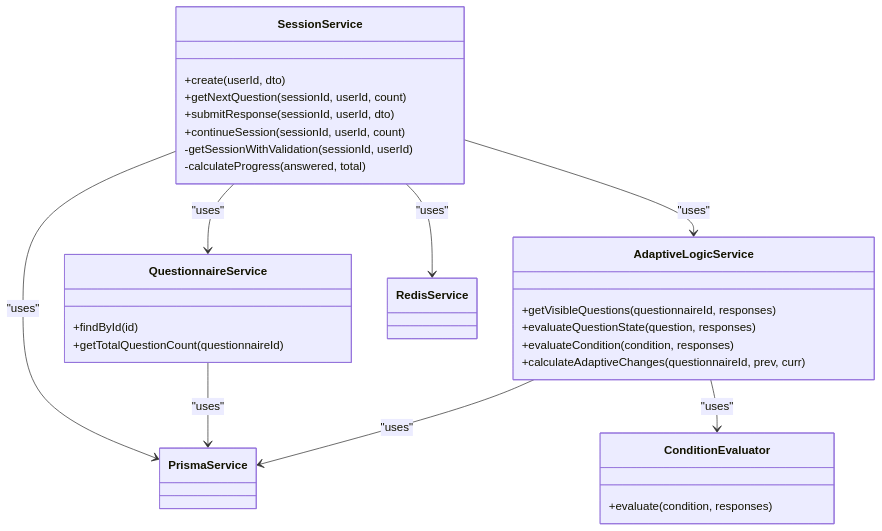
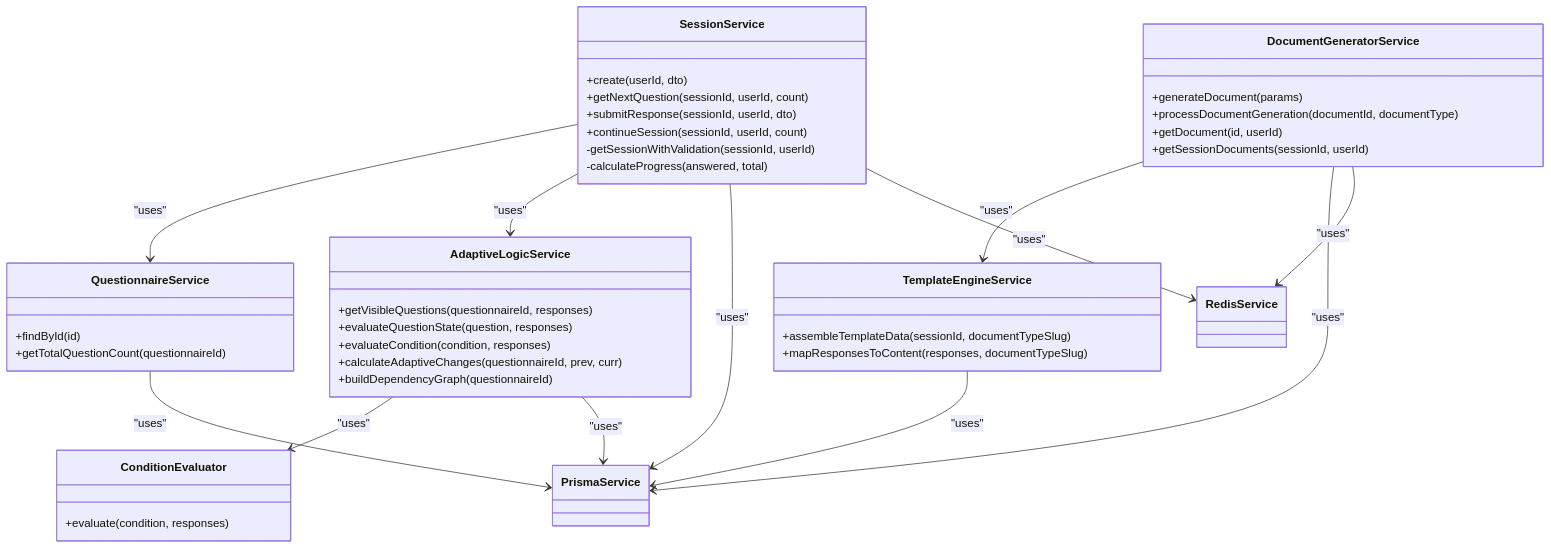
One commit to Avi-Bendetsky/Quiz-to-build changed the sixth of 6 diagrams in .qoder/repowiki/en/content/Advanced Topics/Performance Optimization.md. Above: the diagram before and after it, drawn with Mermaid. The commit also changed other lines of this file and 41 other files, not shown here.

````diff
--- a/.qoder/repowiki/en/content/Advanced Topics/Performance Optimization.md
+++ b/.qoder/repowiki/en/content/Advanced Topics/Performance Optimization.md
@@ -290,33 +390,48 @@
 ```mermaid
 classDiagram
 class SessionService {
 +create(userId, dto)
 +getNextQuestion(sessionId, userId, count)
 +submitResponse(sessionId, userId, dto)
 +continueSession(sessionId, userId, count)
 -getSessionWithValidation(sessionId, userId)
 -calculateProgress(answered, total)
 }
 class QuestionnaireService {
 +findById(id)
 +getTotalQuestionCount(questionnaireId)
 }
 class AdaptiveLogicService {
 +getVisibleQuestions(questionnaireId, responses)
 +evaluateQuestionState(question, responses)
 +evaluateCondition(condition, responses)
 +calculateAdaptiveChanges(questionnaireId, prev, curr)
++buildDependencyGraph(questionnaireId)
 }
 class ConditionEvaluator {
 +evaluate(condition, responses)
+}
+class DocumentGeneratorService {
++generateDocument(params)
++processDocumentGeneration(documentId, documentType)
++getDocument(id, userId)
++getSessionDocuments(sessionId, userId)
+}
+class TemplateEngineService {
++assembleTemplateData(sessionId, documentTypeSlug)
++mapResponsesToContent(responses, documentTypeSlug)
 }
 class PrismaService
 class RedisService
 SessionService --> QuestionnaireService : "uses"
 SessionService --> AdaptiveLogicService : "uses"
 AdaptiveLogicService --> ConditionEvaluator : "uses"
 SessionService --> PrismaService : "uses"
 QuestionnaireService --> PrismaService : "uses"
 AdaptiveLogicService --> PrismaService : "uses"
 SessionService --> RedisService : "uses"
+DocumentGeneratorService --> TemplateEngineService : "uses"
+DocumentGeneratorService --> PrismaService : "uses"
+DocumentGeneratorService --> RedisService : "uses"
+TemplateEngineService --> PrismaService : "uses"
 ```
````
